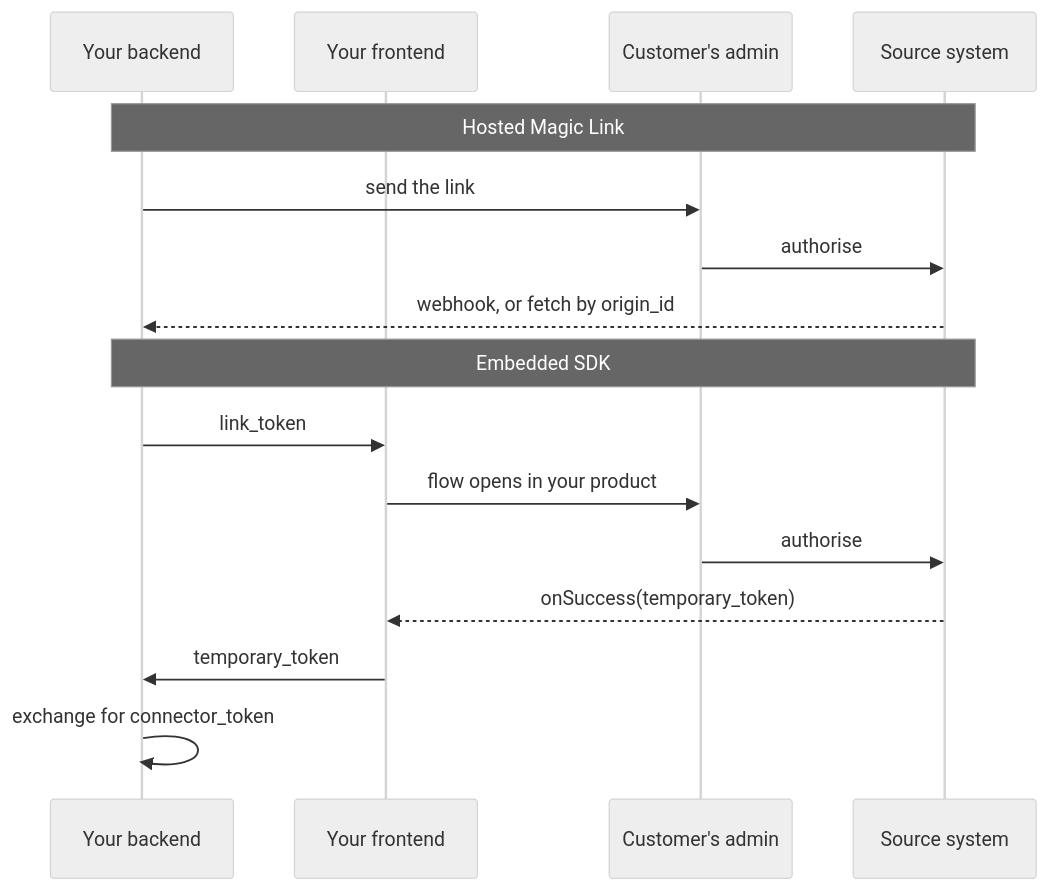
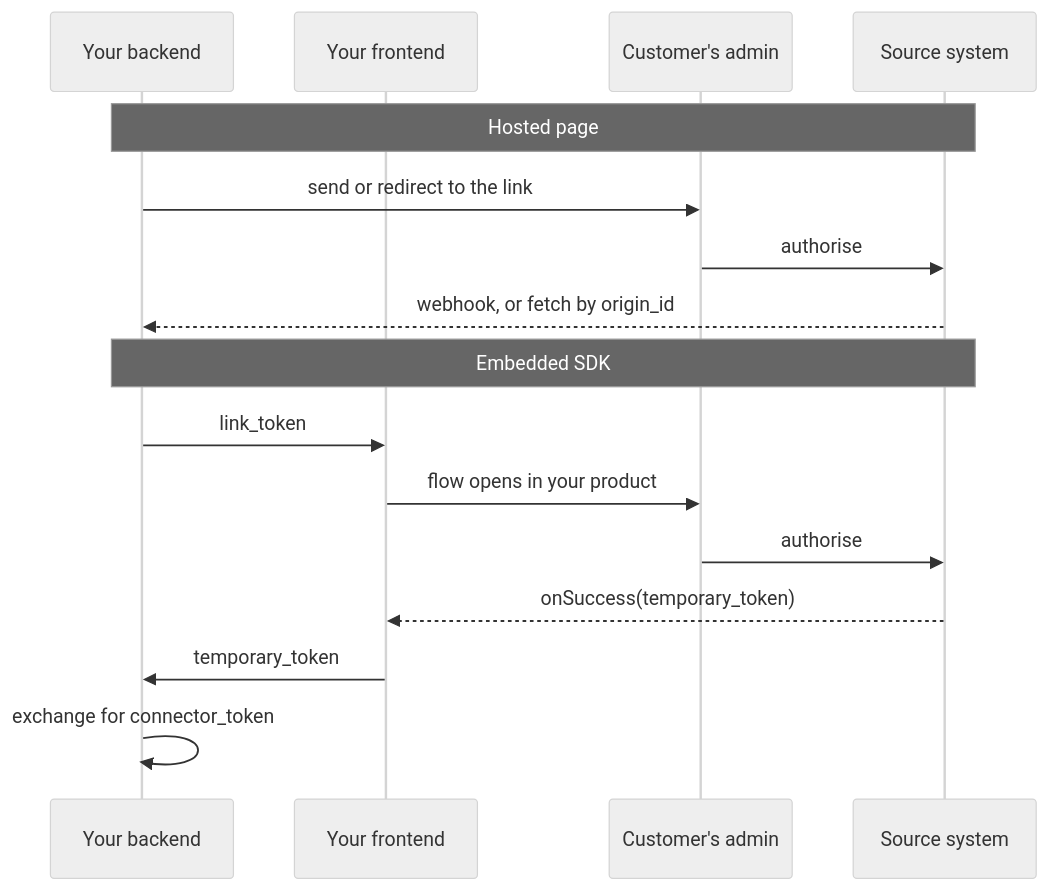
Before and after one commit to kaval1810/bindbee-docs-test: the diagram in explanation/magic-link.mdx, drawn with Mermaid (neutral theme). The commit also changed other lines of this file and 12 other files, not shown here.

````diff
--- a/explanation/magic-link.mdx
+++ b/explanation/magic-link.mdx
@@ -32,20 +32,20 @@
 ```mermaid
 sequenceDiagram
     participant B as Your backend
     participant F as Your frontend
     participant C as Customer's admin
     participant S as Source system
 
-    Note over B,S: Hosted Magic Link
-    B->>C: send the link
+    Note over B,S: Hosted page
+    B->>C: send or redirect to the link
     C->>S: authorise
     S-->>B: webhook, or fetch by origin_id
 
     Note over B,S: Embedded SDK
     B->>F: link_token
     F->>C: flow opens in your product
     C->>S: authorise
     S-->>F: onSuccess(temporary_token)
     F->>B: temporary_token
     B->>B: exchange for connector_token
 ```
````
